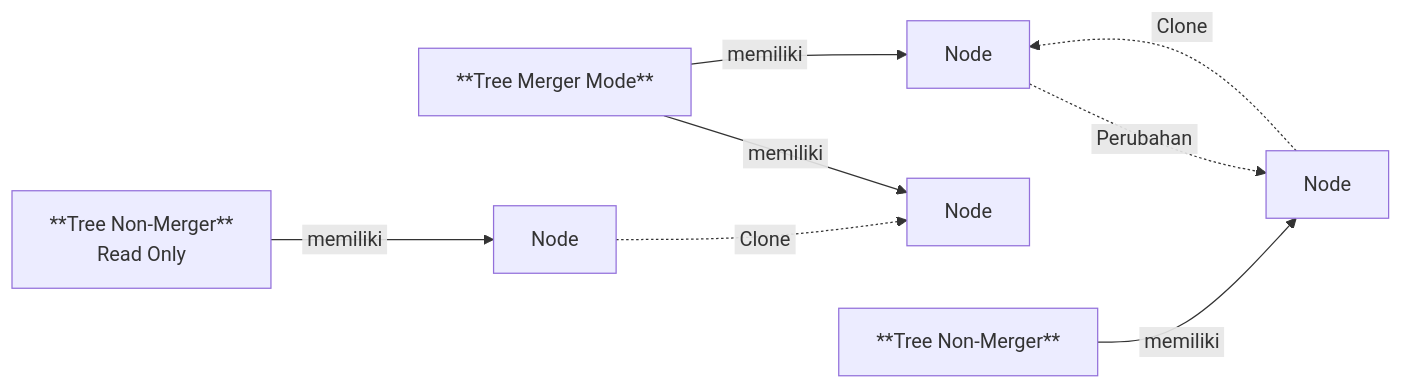
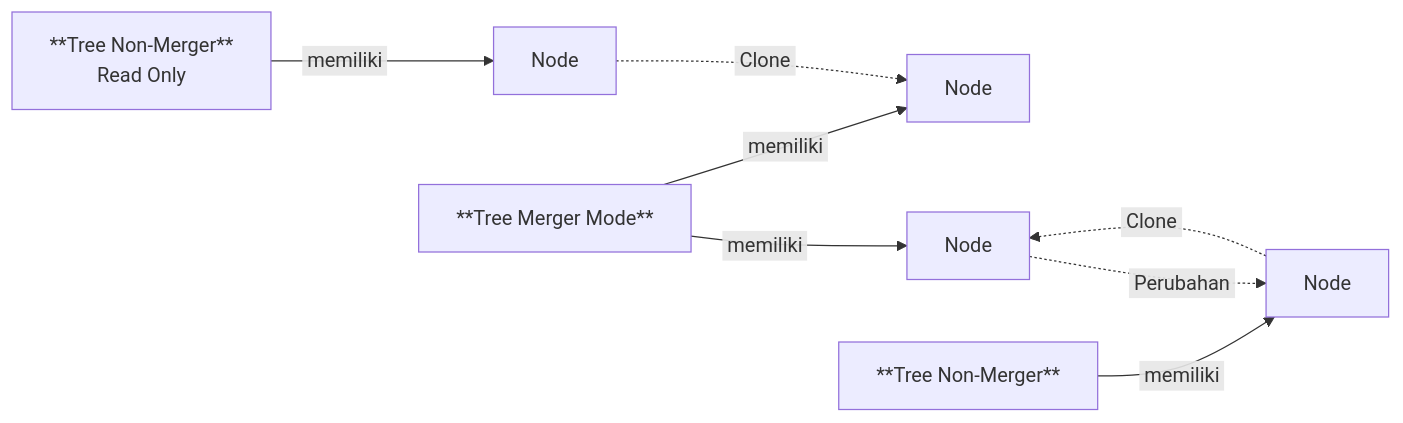
The first of 2 diagrams in Docs/Modul Data/Tree/Apa itu Tree.md (ginalne/phoenix-docs), drawn with Mermaid before and after one commit. The commit also changed other lines of this file, not shown here.

````diff
--- a/Docs/Modul Data/Tree/Apa itu Tree.md
+++ b/Docs/Modul Data/Tree/Apa itu Tree.md
@@ -42,10 +42,10 @@
 ```mermaid
 flowchart LR
     M["**Tree Merger Mode**"] -->|"&nbsp;memiliki&nbsp;"| N1["Node"]
     M -->|"&nbsp;memiliki&nbsp;"| N4["Node"]
     N2["Node"] -.->|"&nbsp;Clone&nbsp;"| N1
     N3["Node"] -.->|"&nbsp;Clone&nbsp;"| N4
-    N4["Node"] -.->|"&nbsp;Perubahan&nbsp;"| N3
     A["**Tree Non-Merger**<br>Read Only"] -->|"&nbsp;memiliki&nbsp;"| N2
     B["**Tree Non-Merger**<br>"] -->|"&nbsp;memiliki&nbsp;"| N3
+    N4["Node"] -.->|"&nbsp;Perubahan&nbsp;"| N3
 ```
````
